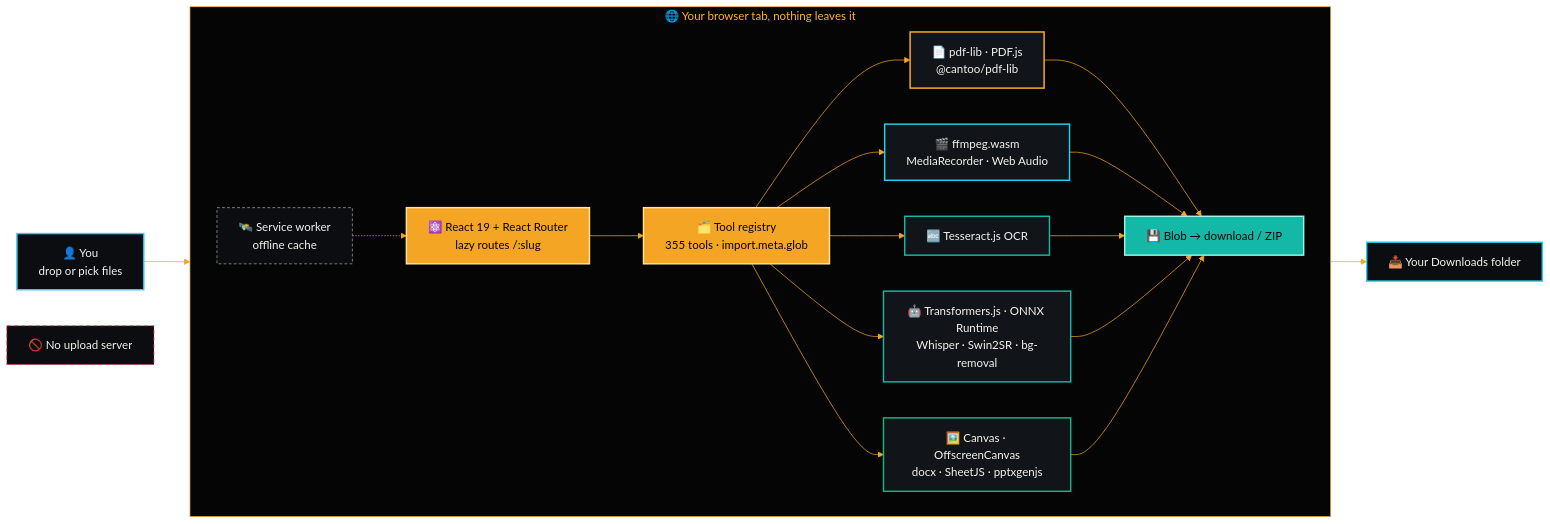
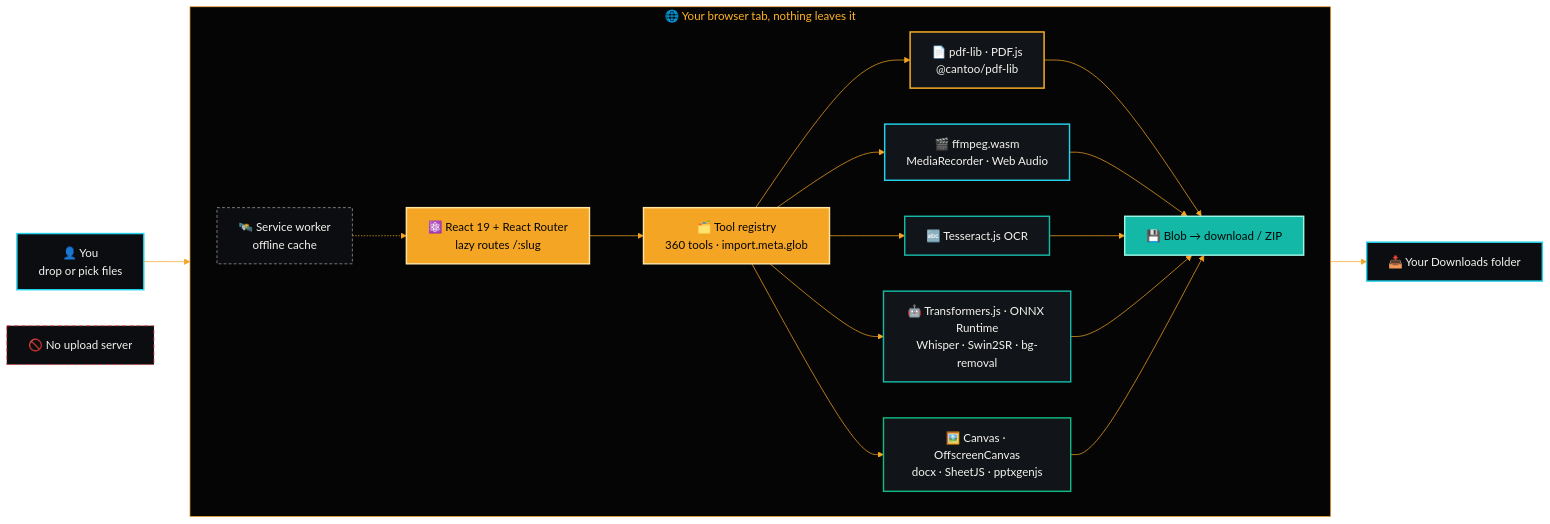
One commit to aniruddhaadak80/OpenFile changed the fourth of 8 diagrams in README.md. Above: the diagram before and after it, drawn with Mermaid. The commit also changed other lines of this file and 16 other files, not shown here.

````diff
--- a/README.md
+++ b/README.md
@@ -1005,31 +1010,31 @@
 ```mermaid
 %%{init: {'theme':'base','themeVariables':{'fontFamily':'system-ui, sans-serif','lineColor':'#F5A524','primaryTextColor':'#F5F3EE','clusterBkg':'#050505','clusterBorder':'#F5A524','titleColor':'#FFB224'}}}%%
 flowchart LR
     U["👤 You<br/>drop or pick files"]:::user --> BR
     subgraph BR["🌐 Your browser tab, nothing leaves it"]
         direction LR
-        RR["⚛️ React 19 + React Router<br/>lazy routes /:slug"]:::ui --> REG["🗂️ Tool registry<br/>355 tools · import.meta.glob"]:::ui
+        RR["⚛️ React 19 + React Router<br/>lazy routes /:slug"]:::ui --> REG["🗂️ Tool registry<br/>360 tools · import.meta.glob"]:::ui
         REG --> E1["📄 pdf-lib · PDF.js<br/>@cantoo/pdf-lib"]:::pdf
         REG --> E2["🎬 ffmpeg.wasm<br/>MediaRecorder · Web Audio"]:::media
         REG --> E3["🔤 Tesseract.js OCR"]:::ai
         REG --> E4["🤖 Transformers.js · ONNX Runtime<br/>Whisper · Swin2SR · bg-removal"]:::ai
         REG --> E5["🖼️ Canvas · OffscreenCanvas<br/>docx · SheetJS · pptxgenjs"]:::img
         E1 --> OUT["💾 Blob → download / ZIP"]:::out
         E2 --> OUT
         E3 --> OUT
         E4 --> OUT
         E5 --> OUT
         SW["🛰️ Service worker<br/>offline cache"]:::sw -.-> RR
     end
     OUT --> D["📥 Your Downloads folder"]:::user
     NS["🚫 No upload server"]:::none
     classDef user fill:#0B0D10,stroke:#22D3EE,color:#F5F3EE,stroke-width:2px
     classDef ui fill:#F5A524,stroke:#FFE3A3,color:#050505,stroke-width:2px
     classDef pdf fill:#111418,stroke:#FFB224,color:#F5F3EE,stroke-width:2px
     classDef media fill:#111418,stroke:#22D3EE,color:#F5F3EE,stroke-width:2px
     classDef ai fill:#111418,stroke:#14B8A6,color:#F5F3EE,stroke-width:2px
     classDef img fill:#111418,stroke:#10B981,color:#F5F3EE,stroke-width:2px
     classDef out fill:#14B8A6,stroke:#99F6E4,color:#050505,stroke-width:2px
     classDef sw fill:#0B0D10,stroke:#A8A29E,color:#F5F3EE,stroke-dasharray:4 3
     classDef none fill:#0B0D10,stroke:#EF4444,color:#F5F3EE,stroke-dasharray:6 4
 ```
````
